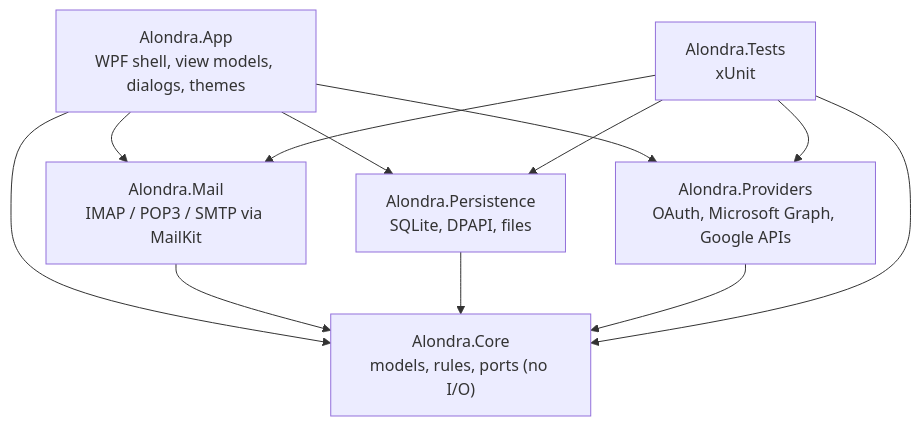
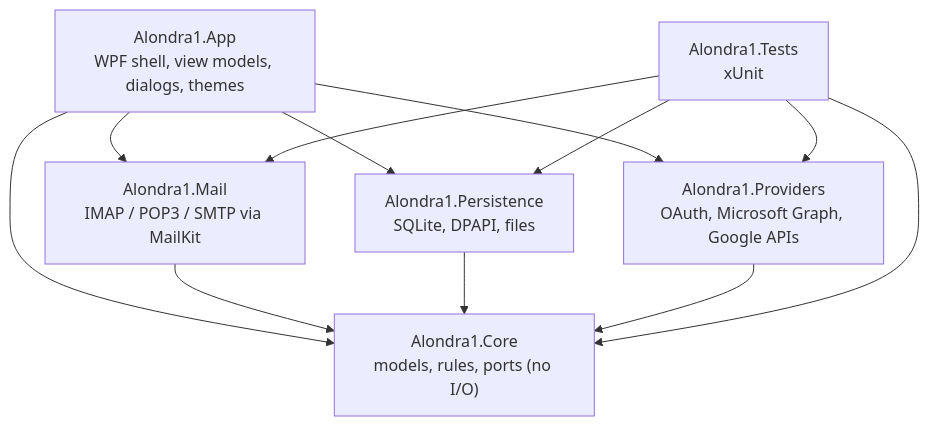
One commit to nikita4sea/alondra1 changed the diagram in docs/ARCHITECTURE.md. Above: the diagram before and after it, drawn with Mermaid. The commit also changed other lines of this file and 161 other files, not shown here.

````diff
--- a/docs/ARCHITECTURE.md
+++ b/docs/ARCHITECTURE.md
@@ -15,20 +15,20 @@
 ```mermaid
 flowchart TD
-    App["Alondra.App<br/>WPF shell, view models, dialogs, themes"]
-    Core["Alondra.Core<br/>models, rules, ports (no I/O)"]
-    Mail["Alondra.Mail<br/>IMAP / POP3 / SMTP via MailKit"]
-    Persistence["Alondra.Persistence<br/>SQLite, DPAPI, files"]
-    Providers["Alondra.Providers<br/>OAuth, Microsoft Graph, Google APIs"]
-    Tests["Alondra.Tests<br/>xUnit"]
+    App["Alondra1.App<br/>WPF shell, view models, dialogs, themes"]
+    Core["Alondra1.Core<br/>models, rules, ports (no I/O)"]
+    Mail["Alondra1.Mail<br/>IMAP / POP3 / SMTP via MailKit"]
+    Persistence["Alondra1.Persistence<br/>SQLite, DPAPI, files"]
+    Providers["Alondra1.Providers<br/>OAuth, Microsoft Graph, Google APIs"]
+    Tests["Alondra1.Tests<br/>xUnit"]
     App --> Core
     App --> Mail
     App --> Persistence
     App --> Providers
     Mail --> Core
     Persistence --> Core
     Providers --> Core
     Tests --> Core
     Tests --> Mail
     Tests --> Persistence
     Tests --> Providers
 ```
````
